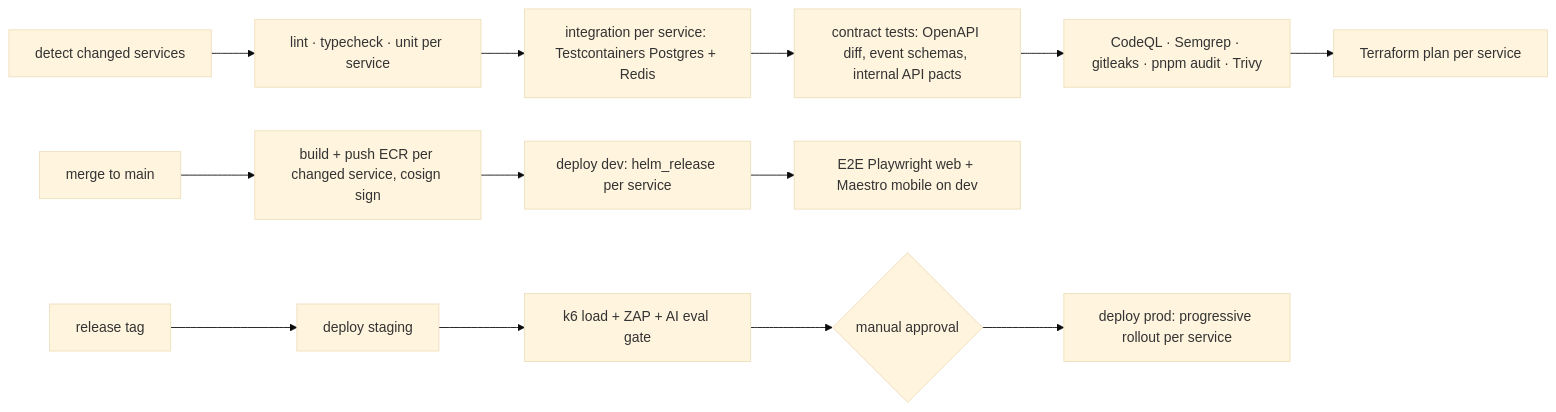
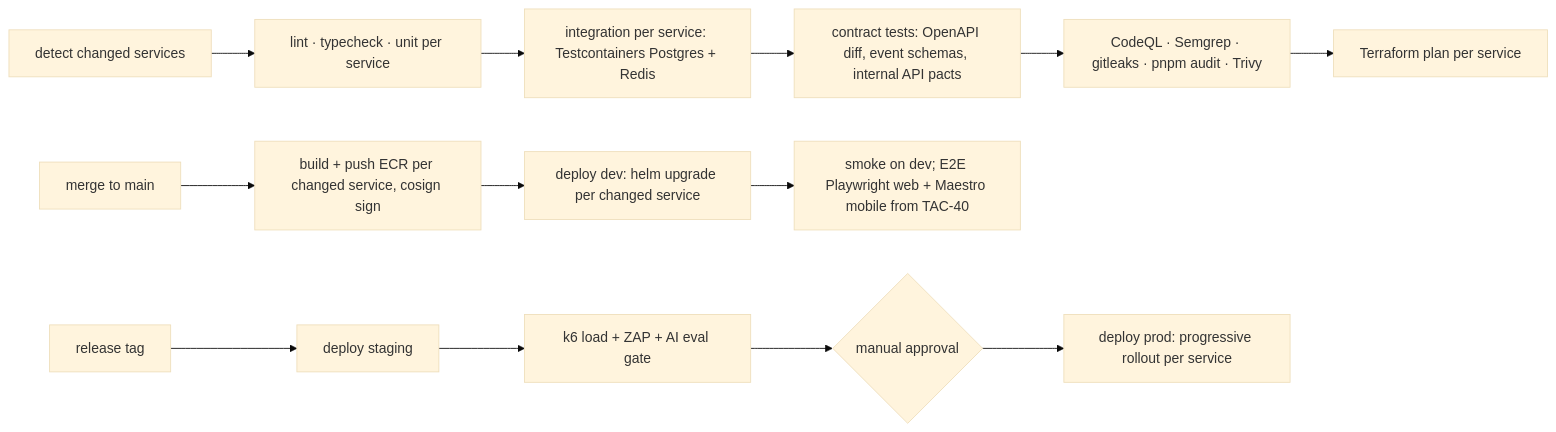
One commit to master-node1/theauracoach changed the third of 3 diagrams in docs/architecture/deployment-architecture.md. Above: the diagram before and after it, drawn with Mermaid (base theme). The commit also changed other lines of this file and 41 other files, not shown here.

First line of the commit message:
TAC-37: CD pipelines, gated off until CD_ENABLED (signed arm64 images, Helm deploy per changed deployable, release, rollback, cluster platform)

````diff
--- a/docs/architecture/deployment-architecture.md
+++ b/docs/architecture/deployment-architecture.md
@@ -120,14 +120,14 @@
 ```mermaid
 flowchart LR
   ch[detect changed services] --> q[lint · typecheck · unit per service]
   q --> it[integration per service: Testcontainers Postgres + Redis]
   it --> ct[contract tests: OpenAPI diff, event schemas, internal API pacts]
   ct --> sec[CodeQL · Semgrep · gitleaks · pnpm audit · Trivy]
   sec --> plan[Terraform plan per service]
   main[merge to main] --> bp[build + push ECR per changed service, cosign sign]
-  bp --> dd[deploy dev: helm_release per service]
-  dd --> e2e[E2E Playwright web + Maestro mobile on dev]
+  bp --> dd[deploy dev: helm upgrade per changed service]
+  dd --> e2e[smoke on dev; E2E Playwright web + Maestro mobile from TAC-40]
   tag[release tag] --> st[deploy staging] --> ld[k6 load + ZAP + AI eval gate]
   ld --> appr{manual approval}
   appr --> pd[deploy prod: progressive rollout per service]
 ```
````
